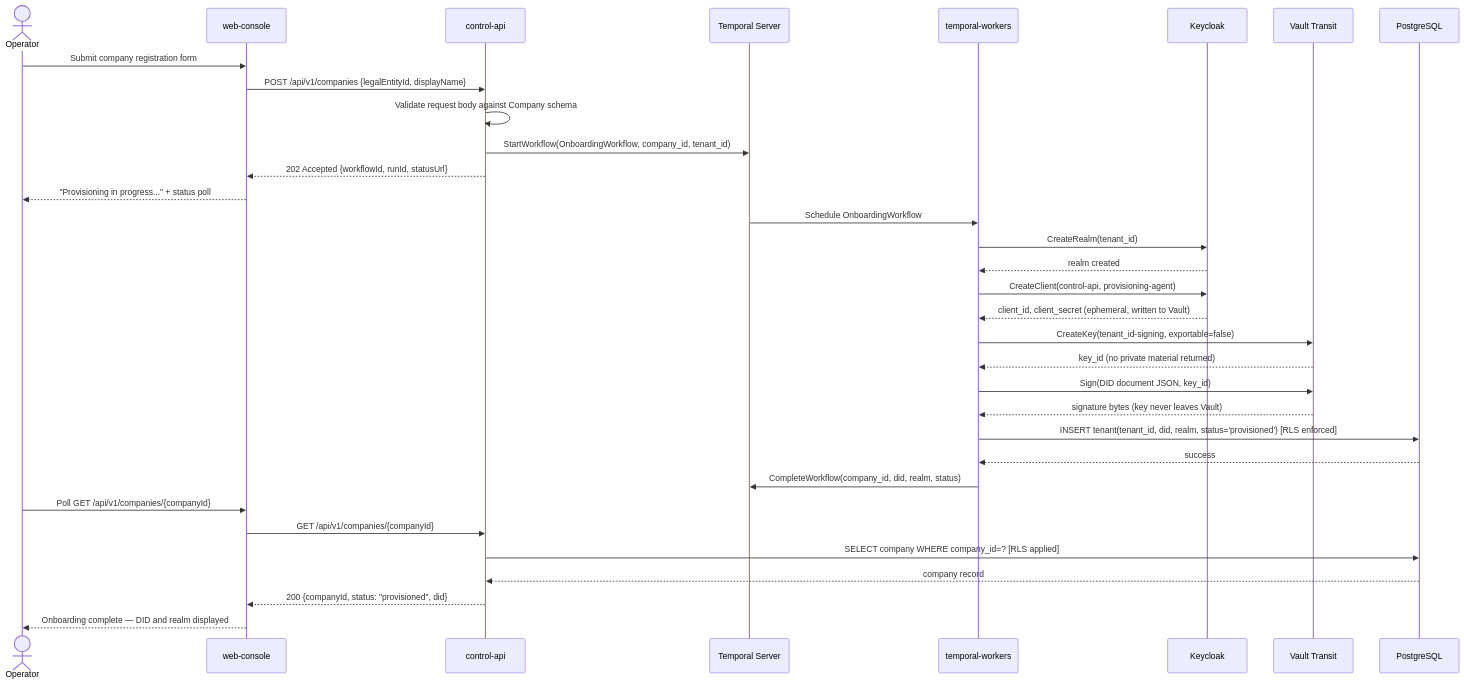
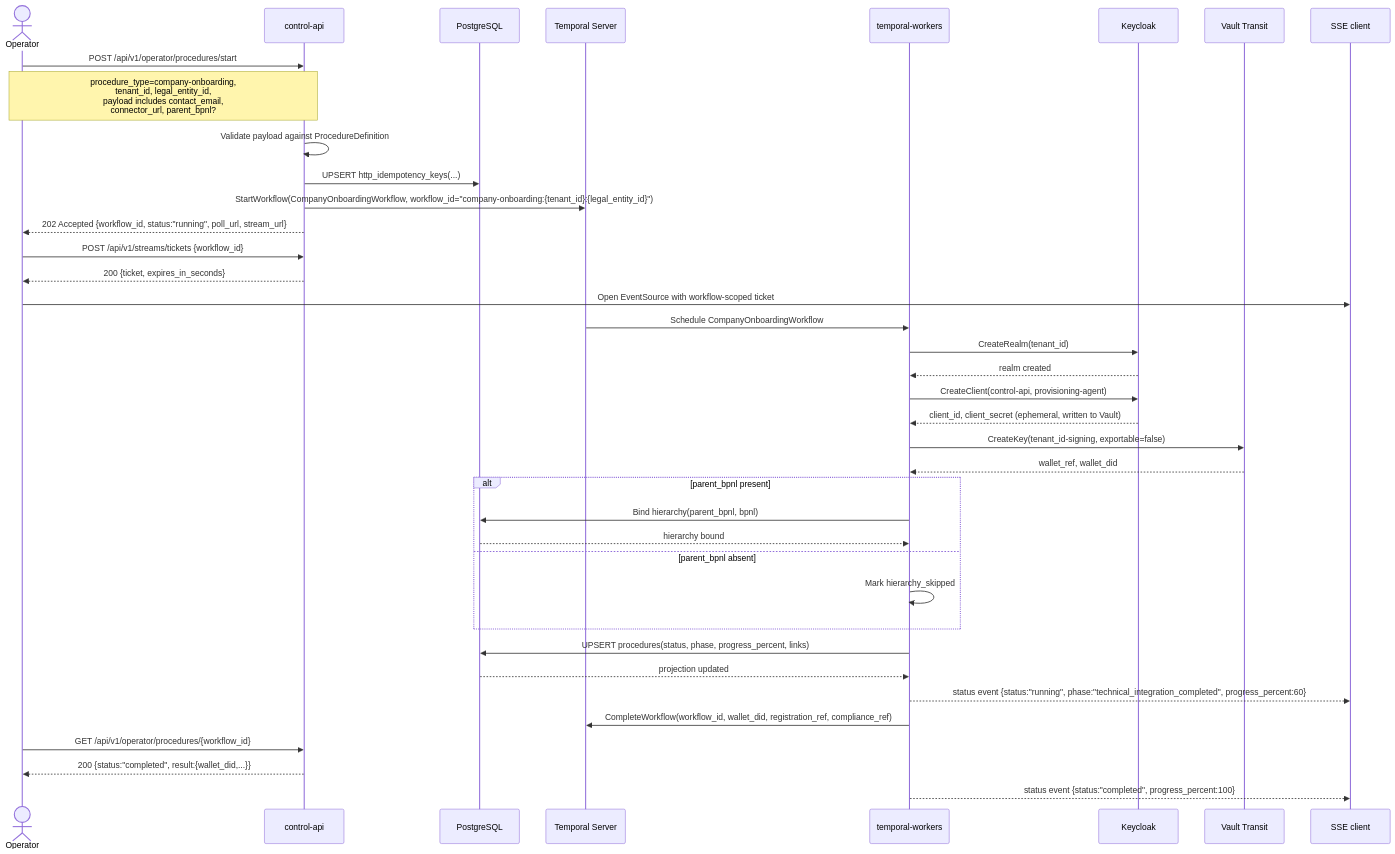
Before and after one commit to hadijannat/dataspace-control-plane: the first of 3 diagrams in docs/arc42/06-runtime-view.md, drawn with Mermaid. The commit also changed other lines of this file and 115 other files, not shown here.

Commit message:
fix(control-plane): harden runtime packaging, idempotency, and status

````diff
--- a/docs/arc42/06-runtime-view.md
+++ b/docs/arc42/06-runtime-view.md
@@ -15,44 +20,49 @@
 ```mermaid
 sequenceDiagram
     actor Operator
-    participant WC as web-console
     participant CA as control-api
+    participant PG as PostgreSQL
     participant TS as Temporal Server
     participant TW as temporal-workers
     participant KC as Keycloak
     participant VT as Vault Transit
-    participant PG as PostgreSQL
+    participant SSE as SSE client
 
-    Operator->>WC: Submit company registration form
-    WC->>CA: POST /api/v1/companies {legalEntityId, displayName}
-    CA->>CA: Validate request body against Company schema
-    CA->>TS: StartWorkflow(OnboardingWorkflow, company_id, tenant_id)
-    CA-->>WC: 202 Accepted {workflowId, runId, statusUrl}
-    WC-->>Operator: "Provisioning in progress..." + status poll
+    Operator->>CA: POST /api/v1/operator/procedures/start
+    Note over Operator,CA: procedure_type=company-onboarding,<br/>tenant_id, legal_entity_id,<br/>payload includes contact_email,<br/>connector_url, parent_bpnl?
+    CA->>CA: Validate payload against ProcedureDefinition
+    CA->>PG: UPSERT http_idempotency_keys(...)
+    CA->>TS: StartWorkflow(CompanyOnboardingWorkflow, workflow_id="company-onboarding:{tenant_id}:{legal_entity_id}")
+    CA-->>Operator: 202 Accepted {workflow_id, status:"running", poll_url, stream_url}
+    Operator->>CA: POST /api/v1/streams/tickets {workflow_id}
+    CA-->>Operator: 200 {ticket, expires_in_seconds}
+    Operator->>SSE: Open EventSource with workflow-scoped ticket
 
-    TS->>TW: Schedule OnboardingWorkflow
+    TS->>TW: Schedule CompanyOnboardingWorkflow
 
     TW->>KC: CreateRealm(tenant_id)
     KC-->>TW: realm created
 
     TW->>KC: CreateClient(control-api, provisioning-agent)
     KC-->>TW: client_id, client_secret (ephemeral, written to Vault)
 
     TW->>VT: CreateKey(tenant_id-signing, exportable=false)
-    VT-->>TW: key_id (no private material returned)
+    VT-->>TW: wallet_ref, wallet_did
 
-    TW->>VT: Sign(DID document JSON, key_id)
-    VT-->>TW: signature bytes (key never leaves Vault)
+    alt parent_bpnl present
+        TW->>PG: Bind hierarchy(parent_bpnl, bpnl)
+        PG-->>TW: hierarchy bound
+    else parent_bpnl absent
+        TW->>TW: Mark hierarchy_skipped
+    end
 
-    TW->>PG: INSERT tenant(tenant_id, did, realm, status='provisioned') [RLS enforced]
-    PG-->>TW: success
+    TW->>PG: UPSERT procedures(status, phase, progress_percent, links)
+    PG-->>TW: projection updated
+    TW-->>SSE: status event {status:"running", phase:"technical_integration_completed", progress_percent:60}
 
-    TW->>TS: CompleteWorkflow(company_id, did, realm, status)
+    TW->>TS: CompleteWorkflow(workflow_id, wallet_did, registration_ref, compliance_ref)
 
-    Operator->>WC: Poll GET /api/v1/companies/{companyId}
-    WC->>CA: GET /api/v1/companies/{companyId}
-    CA->>PG: SELECT company WHERE company_id=? [RLS applied]
-    PG-->>CA: company record
-    CA-->>WC: 200 {companyId, status: "provisioned", did}
-    WC-->>Operator: Onboarding complete — DID and realm displayed
+    Operator->>CA: GET /api/v1/operator/procedures/{workflow_id}
+    CA-->>Operator: 200 {status:"completed", result:{wallet_did,...}}
+    TW-->>SSE: status event {status:"completed", progress_percent:100}
 ```
````
